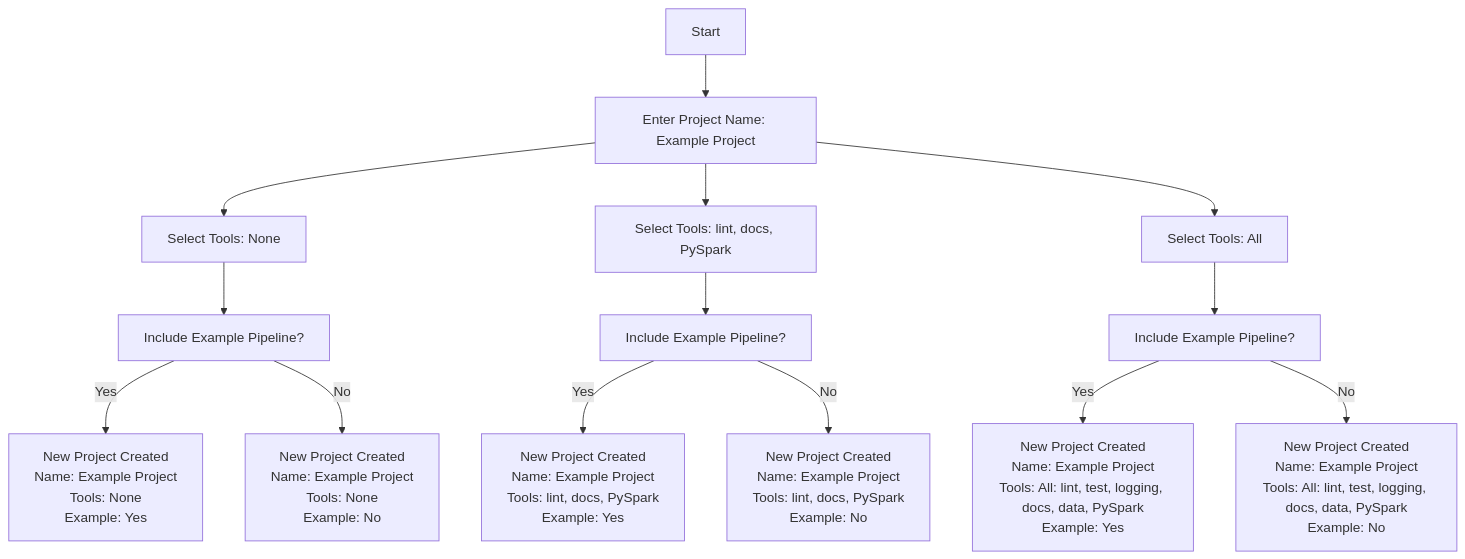
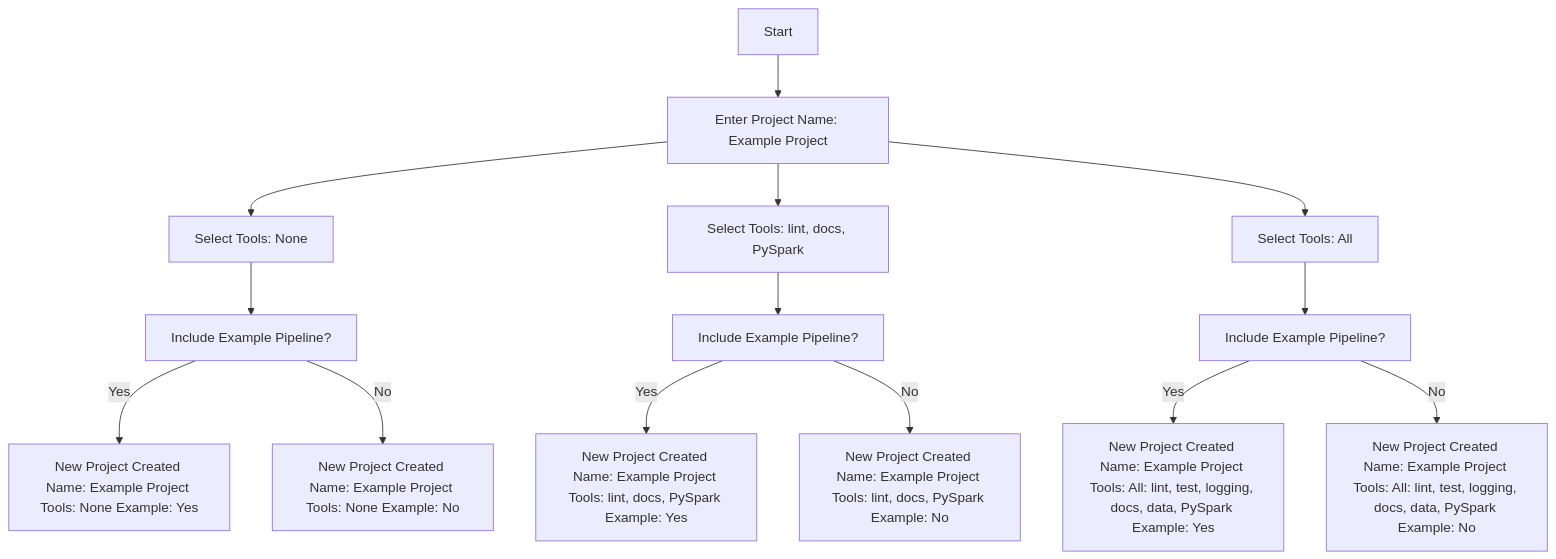
One commit to kedro-org/kedro changed the diagram in docs/create/new_project_tools.md. Above: the diagram before and after it, drawn with Mermaid. The commit also changed 2 other files, not shown here.

Commit message:
Replace diagram image with mermaid diagram

````diff
--- a/docs/create/new_project_tools.md
+++ b/docs/create/new_project_tools.md
@@ -258,16 +258,16 @@
 ```mermaid
 flowchart TD
     A[Start] --> B[Enter Project Name: Example Project]
     B --> C3[Select Tools: None]
     B --> C1[Select Tools: lint, docs, PySpark]
     B --> C2[Select Tools: All]
     C1 --> D1[Include Example Pipeline?]
     C2 --> D2[Include Example Pipeline?]
     C3 --> D3[Include Example Pipeline?]
-    D1 -- Yes --> E1["New Project Created\nName: Example Project\nTools: lint, docs, PySpark\nExample: Yes"]
-    D1 -- No --> E2["New Project Created\nName: Example Project\nTools: lint, docs, PySpark\nExample: No"]
-    D2 -- Yes --> F1["New Project Created\nName: Example Project\nTools: All: lint, test, logging, docs, data, PySpark\nExample: Yes"]
-    D2 -- No --> F2["New Project Created\nName: Example Project\nTools: All: lint, test, logging, docs, data, PySpark\nExample: No"]
-    D3 -- Yes --> G1["New Project Created\nName: Example Project\nTools: None\nExample: Yes"]
-    D3 -- No --> G2["New Project Created\nName: Example Project\nTools: None\nExample: No"]
+    D1 -- Yes --> E1["New Project Created Name: Example Project Tools: lint, docs, PySpark Example: Yes"]
+    D1 -- No --> E2["New Project Created Name: Example Project Tools: lint, docs, PySpark Example: No"]
+    D2 -- Yes --> F1["New Project Created Name: Example Project Tools: All: lint, test, logging, docs, data, PySpark Example: Yes"]
+    D2 -- No --> F2["New Project Created Name: Example Project Tools: All: lint, test, logging, docs, data, PySpark Example: No"]
+    D3 -- Yes --> G1["New Project Created Name: Example Project Tools: None Example: Yes"]
+    D3 -- No --> G2["New Project Created Name: Example Project Tools: None Example: No"]
 ```
````
